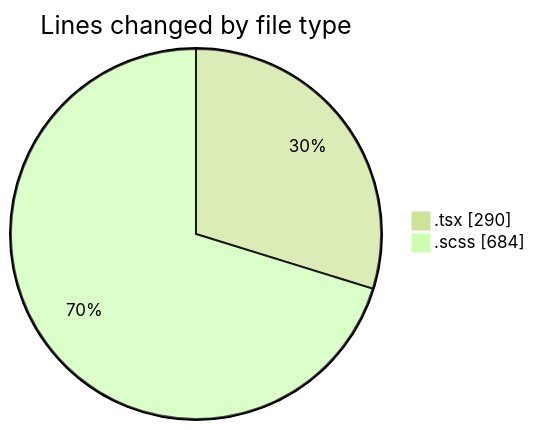
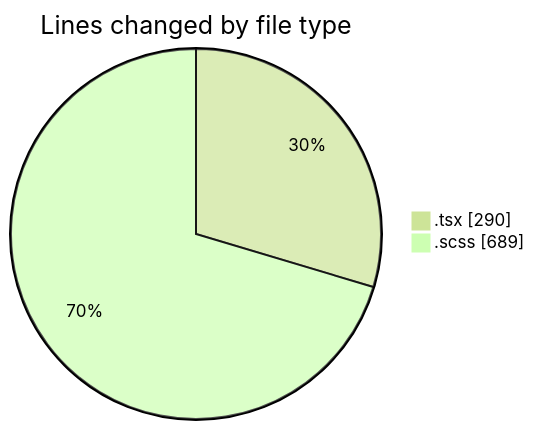
The first of 2 diagrams in 2025-09-19/cda/README.md (momahboobian/code-tracking), drawn with Mermaid (forest theme) before and after one commit. The commit also changed other lines of this file and 1 other file, not shown here.

````diff
--- a/2025-09-19/cda/README.md
+++ b/2025-09-19/cda/README.md
@@ -21,6 +21,6 @@
 ```mermaid
 pie showData
 title Lines changed by file type
 ".tsx" : 290
-".scss" : 684
+".scss" : 689
 ```
````
